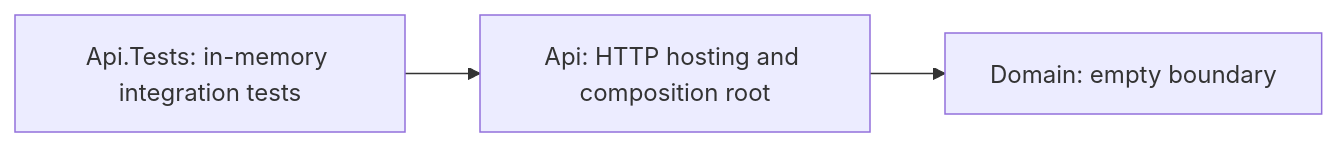
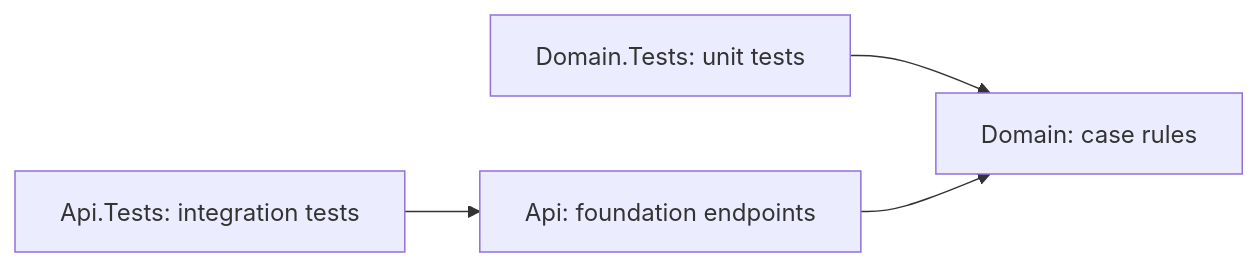
The diagram in README.md (shivamchopra/enterprise-case-intelligence), drawn with Mermaid before and after one commit. The commit also changed other lines of this file and 9 other files, not shown here.

Commit message:
feat: implement case domain rules with focused tests

````diff
--- a/README.md
+++ b/README.md
@@ -37,5 +38,6 @@
 ```mermaid
 flowchart LR
-    Tests[Api.Tests: in-memory integration tests] --> Api[Api: HTTP hosting and composition root]
-    Api --> Domain[Domain: empty boundary]
+    ApiTests[Api.Tests: integration tests] --> Api[Api: foundation endpoints]
+    DomainTests[Domain.Tests: unit tests] --> Domain[Domain: case rules]
+    Api --> Domain
 ```
````
